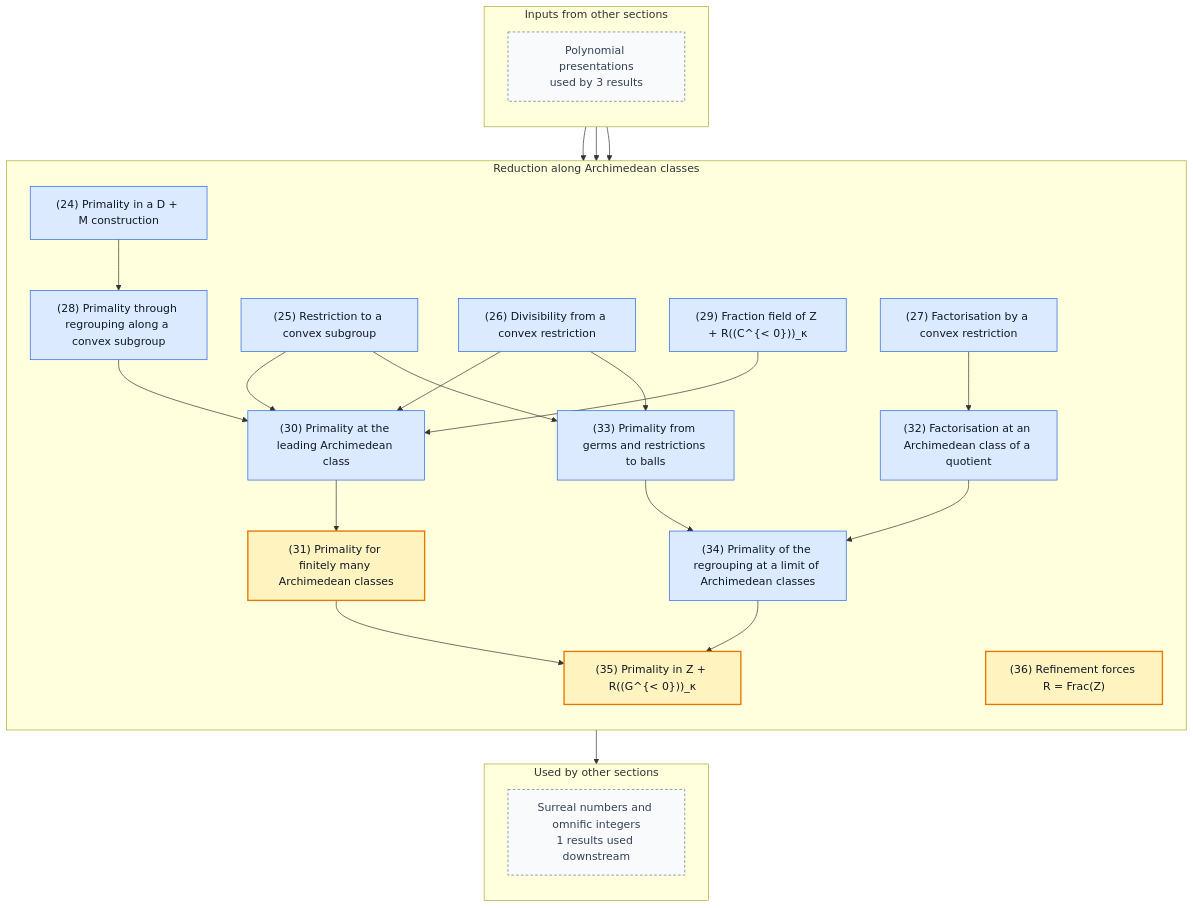
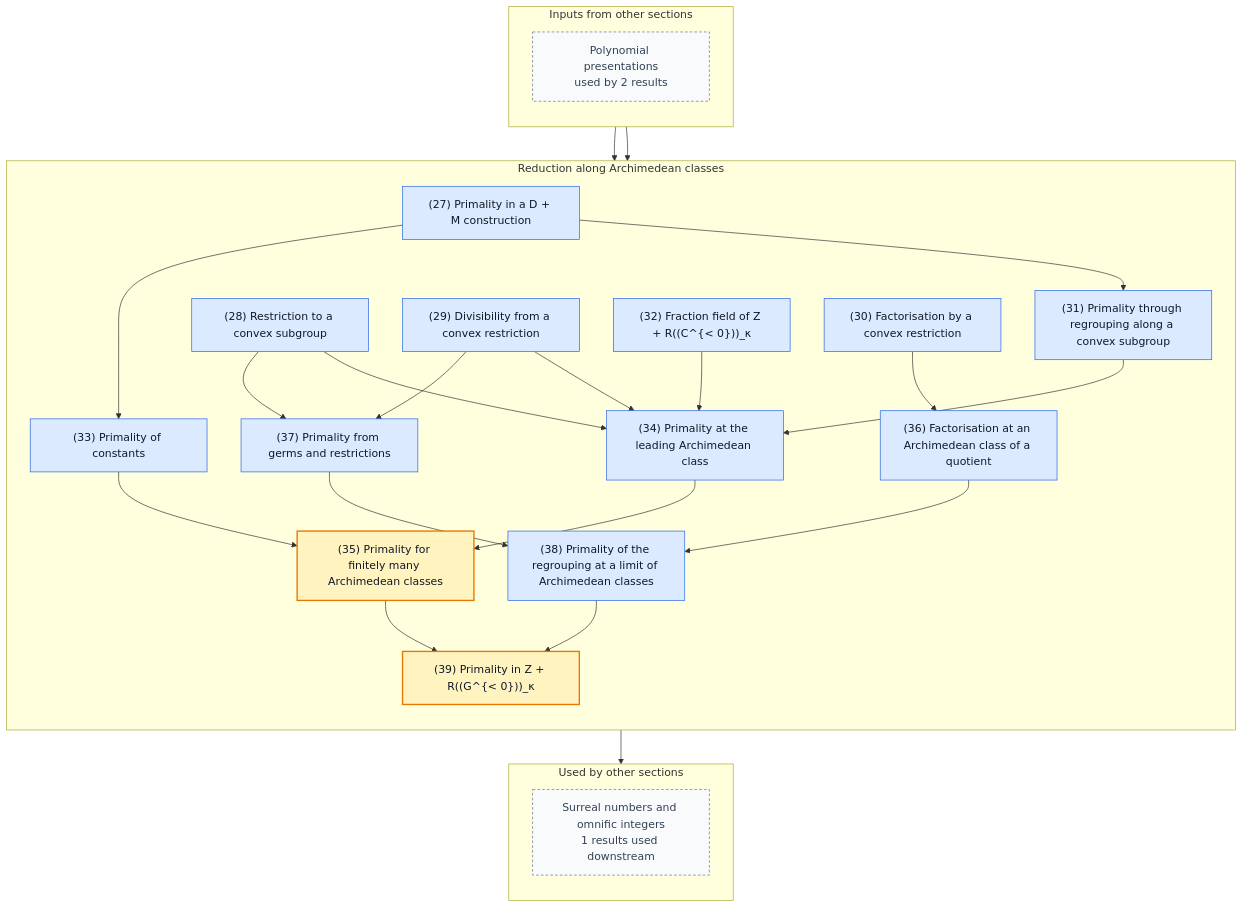
Before and after one commit to gaearon/conway-refinement: the fourth of 5 diagrams in README.md, drawn with Mermaid. The commit also changed other lines of this file and 36 other files, not shown here.

````diff
--- a/README.md
+++ b/README.md
@@ -335,69 +346,70 @@
 ```mermaid
 %% Generated by scripts/blueprint.sh; do not edit.
 %% Other sections are compressed to boundary nodes.
 %% Solid arrows are proof dependencies; dashed arrows are statement dependencies.
 flowchart TB
   subgraph inputs["Inputs from other sections"]
     direction TB
-    in0["Polynomial presentations<br/>used by 3 results"]:::boundary
+    in0["Polynomial presentations<br/>used by 2 results"]:::boundary
   end
   subgraph current["Reduction along Archimedean classes"]
     direction TB
-    n024["(24) Primality in a D + M construction"]:::lemma
-    n025["(25) Restriction to a convex subgroup"]:::lemma
-    n026["(26) Divisibility from a convex restriction"]:::lemma
-    n027["(27) Factorisation by a convex restriction"]:::lemma
-    n028["(28) Primality through regrouping along a convex subgroup"]:::lemma
-    n029["(29) Fraction field of Z + R((C^{&lt; 0}))_κ"]:::lemma
-    n030["(30) Primality at the leading Archimedean class"]:::lemma
-    n031["(31) Primality for finitely many Archimedean classes"]:::theorem
-    n032["(32) Factorisation at an Archimedean class of a quotient"]:::lemma
-    n033["(33) Primality from germs and restrictions to balls"]:::lemma
-    n034["(34) Primality of the regrouping at a limit of Archimedean classes"]:::lemma
-    n035["(35) Primality in Z + R((G^{&lt; 0}))_κ"]:::theorem
-    n036["(36) Refinement forces R = Frac(Z)"]:::theorem
+    n027["(27) Primality in a D + M construction"]:::lemma
+    n028["(28) Restriction to a convex subgroup"]:::lemma
+    n029["(29) Divisibility from a convex restriction"]:::lemma
+    n030["(30) Factorisation by a convex restriction"]:::lemma
+    n031["(31) Primality through regrouping along a convex subgroup"]:::lemma
+    n032["(32) Fraction field of Z + R((C^{&lt; 0}))_κ"]:::lemma
+    n033["(33) Primality of constants"]:::lemma
+    n034["(34) Primality at the leading Archimedean class"]:::lemma
+    n035["(35) Primality for finitely many Archimedean classes"]:::theorem
+    n036["(36) Factorisation at an Archimedean class of a quotient"]:::lemma
+    n037["(37) Primality from germs and restrictions"]:::lemma
+    n038["(38) Primality of the regrouping at a limit of Archimedean classes"]:::lemma
+    n039["(39) Primality in Z + R((G^{&lt; 0}))_κ"]:::theorem
   end
   subgraph outputs["Used by other sections"]
     direction TB
     out0["Surreal numbers and omnific integers<br/>1 results used downstream"]:::boundary
   end
 
-  n024 --> n028
-  n025 --> n030
-  n026 --> n030
-  n028 --> n030
-  n029 --> n030
-  n030 --> n031
-  n027 --> n032
-  n025 --> n033
-  n026 --> n033
+  n027 --> n031
+  n027 --> n033
+  n028 --> n034
+  n029 --> n034
+  n031 --> n034
   n032 --> n034
-  n033 --> n034
-  n031 --> n035
+  n033 --> n035
   n034 --> n035
-  in0 --> n030
-  in0 --> n033
-  in0 --> n036
-  n035 --> out0
-  click n024 "https://gaearon.github.io/conway-refinement/#/result/primality-in-d-plus-m" "Open the statement for lemma 24"
-  click n025 "https://gaearon.github.io/conway-refinement/#/result/convex-restriction-ring-hom" "Open the statement for lemma 25"
-  click n026 "https://gaearon.github.io/conway-refinement/#/result/divisibility-from-convex-restriction" "Open the statement for lemma 26"
-  click n027 "https://gaearon.github.io/conway-refinement/#/result/factorisation-by-convex-restriction" "Open the statement for lemma 27"
-  click n028 "https://gaearon.github.io/conway-refinement/#/result/primality-through-regrouping" "Open the statement for lemma 28"
-  click n029 "https://gaearon.github.io/conway-refinement/#/result/fraction-field-from-cofinality" "Open the statement for lemma 29"
-  click n030 "https://gaearon.github.io/conway-refinement/#/result/primality-at-leading-class" "Open the statement for lemma 30"
-  click n031 "https://gaearon.github.io/conway-refinement/#/result/finite-support-classes-primality" "Open the statement for theorem 31"
-  click n032 "https://gaearon.github.io/conway-refinement/#/result/support-class-factorisation" "Open the statement for lemma 32"
-  click n033 "https://gaearon.github.io/conway-refinement/#/result/primality-from-germs" "Open the statement for lemma 33"
-  click n034 "https://gaearon.github.io/conway-refinement/#/result/regrouped-primality-at-limit" "Open the statement for lemma 34"
-  click n035 "https://gaearon.github.io/conway-refinement/#/result/hahn-integer-part-primality" "Open the statement for theorem 35"
-  click n036 "https://gaearon.github.io/conway-refinement/#/result/refinement-forces-coefficient-fraction-field" "Open the statement for theorem 36"
+  n030 --> n036
+  n028 --> n037
+  n029 --> n037
+  n036 --> n038
+  n037 --> n038
+  n035 --> n039
+  n038 --> n039
+  in0 --> n034
+  in0 --> n037
+  n039 --> out0
+  click n027 "https://gaearon.github.io/conway-refinement/#/result/primality-in-d-plus-m" "Open the statement for lemma 27"
+  click n028 "https://gaearon.github.io/conway-refinement/#/result/convex-restriction-ring-hom" "Open the statement for lemma 28"
+  click n029 "https://gaearon.github.io/conway-refinement/#/result/divisibility-from-convex-restriction" "Open the statement for lemma 29"
+  click n030 "https://gaearon.github.io/conway-refinement/#/result/factorisation-by-convex-restriction" "Open the statement for lemma 30"
+  click n031 "https://gaearon.github.io/conway-refinement/#/result/primality-through-regrouping" "Open the statement for lemma 31"
+  click n032 "https://gaearon.github.io/conway-refinement/#/result/fraction-field-from-cofinality" "Open the statement for lemma 32"
+  click n033 "https://gaearon.github.io/conway-refinement/#/result/primality-of-constants" "Open the statement for lemma 33"
+  click n034 "https://gaearon.github.io/conway-refinement/#/result/primality-at-leading-class" "Open the statement for lemma 34"
+  click n035 "https://gaearon.github.io/conway-refinement/#/result/finite-support-classes-primality" "Open the statement for theorem 35"
+  click n036 "https://gaearon.github.io/conway-refinement/#/result/support-class-factorisation" "Open the statement for lemma 36"
+  click n037 "https://gaearon.github.io/conway-refinement/#/result/primality-from-germs" "Open the statement for lemma 37"
+  click n038 "https://gaearon.github.io/conway-refinement/#/result/regrouped-primality-at-limit" "Open the statement for lemma 38"
+  click n039 "https://gaearon.github.io/conway-refinement/#/result/hahn-integer-part-primality" "Open the statement for theorem 39"
 
   classDef theorem fill:#fff3bf,stroke:#e67700,stroke-width:2px,color:#111827
   classDef definition fill:#f3f4f6,stroke:#4b5563,color:#111827
   classDef lemma fill:#dbeafe,stroke:#2563eb,color:#111827
   classDef proposition fill:#ede9fe,stroke:#7c3aed,color:#111827
   classDef corollary fill:#dcfce7,stroke:#16a34a,color:#111827
   classDef fact fill:#fce7f3,stroke:#db2777,color:#111827
   classDef boundary fill:#f8fafc,stroke:#64748b,stroke-dasharray:4 3,color:#334155
 ```
````
